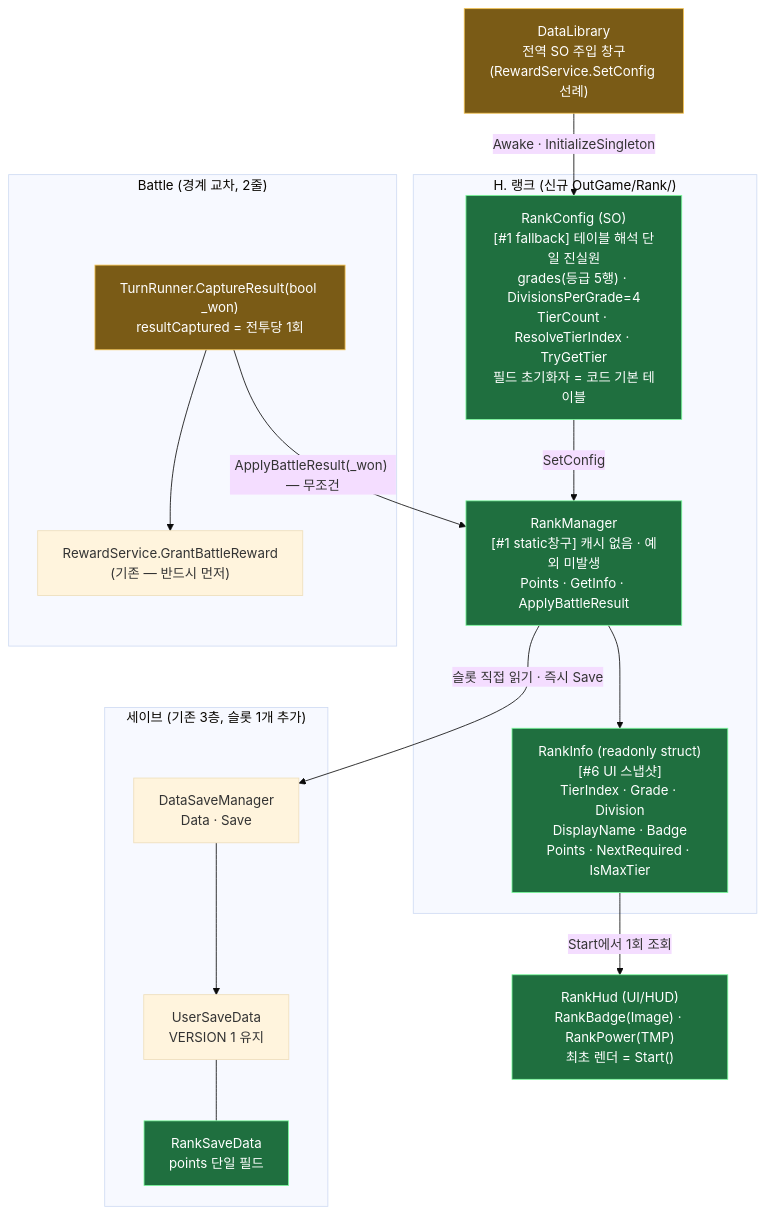
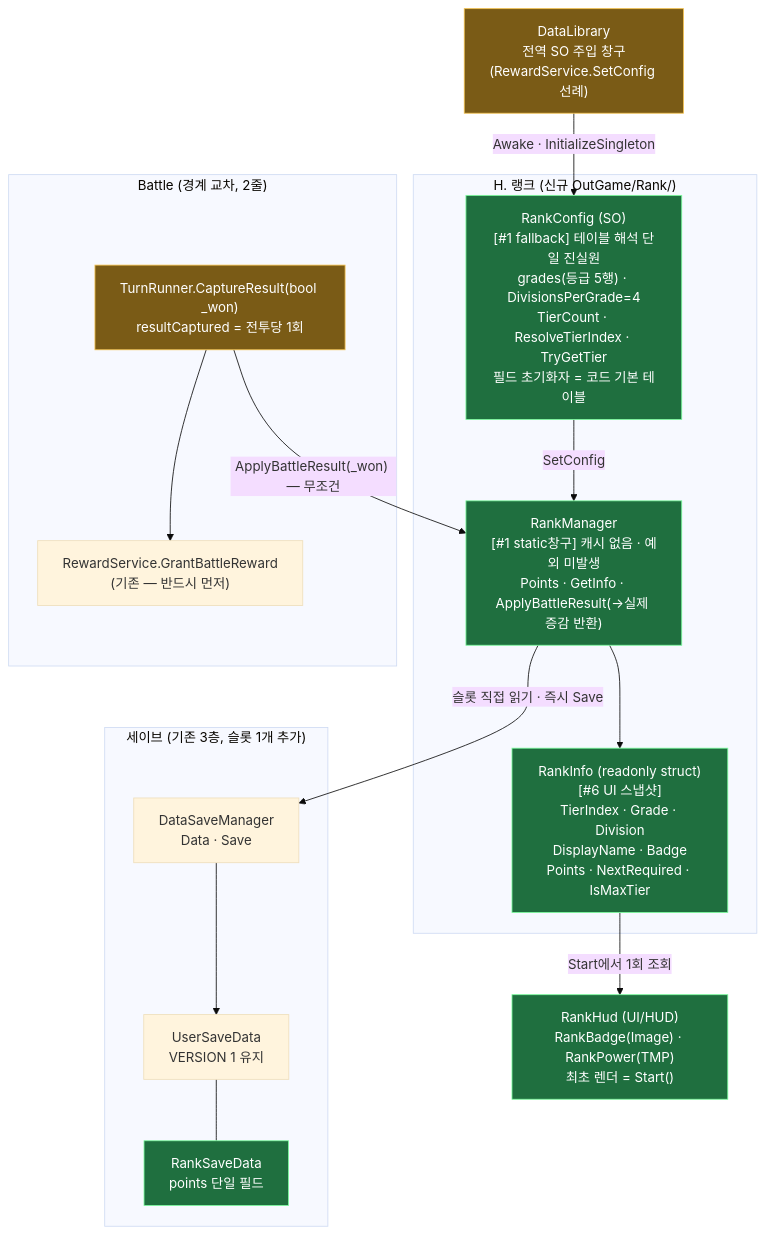
Diagram 16 of 18 in docs/OutGamePlan/STRUCTURE.md (hspark-maker/TeamfightTCG_Migriation), drawn with Mermaid (base theme) before and after one commit. The commit also changed other lines of this file and 40 other files, not shown here.

````diff
--- a/docs/OutGamePlan/STRUCTURE.md
+++ b/docs/OutGamePlan/STRUCTURE.md
@@ -836,35 +836,35 @@
 ```mermaid
 flowchart TD
     subgraph save["세이브 (기존 3층, 슬롯 1개 추가)"]
         DSM["DataSaveManager<br/>Data · Save"]
         USD["UserSaveData<br/>VERSION 1 유지"]
         RSD["RankSaveData<br/>points 단일 필드"]:::new
     end
 
     subgraph rank["H. 랭크 (신규 OutGame/Rank/)"]
         CFG["RankConfig (SO)<br/>[#1 fallback] 테이블 해석 단일 진실원<br/>grades(등급 5행) · DivisionsPerGrade=4<br/>TierCount · ResolveTierIndex · TryGetTier<br/>필드 초기화자 = 코드 기본 테이블"]:::new
-        MGR["RankManager<br/>[#1 static창구] 캐시 없음 · 예외 미발생<br/>Points · GetInfo · ApplyBattleResult"]:::new
+        MGR["RankManager<br/>[#1 static창구] 캐시 없음 · 예외 미발생<br/>Points · GetInfo · ApplyBattleResult(→실제 증감 반환)"]:::new
         INFO["RankInfo (readonly struct)<br/>[#6 UI 스냅샷]<br/>TierIndex · Grade · Division<br/>DisplayName · Badge<br/>Points · NextRequired · IsMaxTier"]:::new
     end
 
     subgraph battle["Battle (경계 교차, 2줄)"]
         TR["TurnRunner.CaptureResult(bool _won)<br/>resultCaptured = 전투당 1회"]:::chg
         RS["RewardService.GrantBattleReward<br/>(기존 — 반드시 먼저)"]
     end
 
     DL["DataLibrary<br/>전역 SO 주입 창구<br/>(RewardService.SetConfig 선례)"]:::chg
     HUD["RankHud (UI/HUD)<br/>RankBadge(Image) · RankPower(TMP)<br/>최초 렌더 = Start()"]:::new
 
     DSM --> USD
     USD --- RSD
     MGR -->|"슬롯 직접 읽기 · 즉시 Save"| DSM
     CFG -->|SetConfig| MGR
     DL -->|"Awake · InitializeSingleton"| CFG
     TR --> RS
     TR -->|"ApplyBattleResult(_won) — 무조건"| MGR
     MGR --> INFO
     INFO -->|"Start에서 1회 조회"| HUD
 
     classDef new fill:#1f6f3f,stroke:#7CFC9E,color:#fff;
     classDef chg fill:#7a5b16,stroke:#f2c14e,color:#fff;
 ```
````
